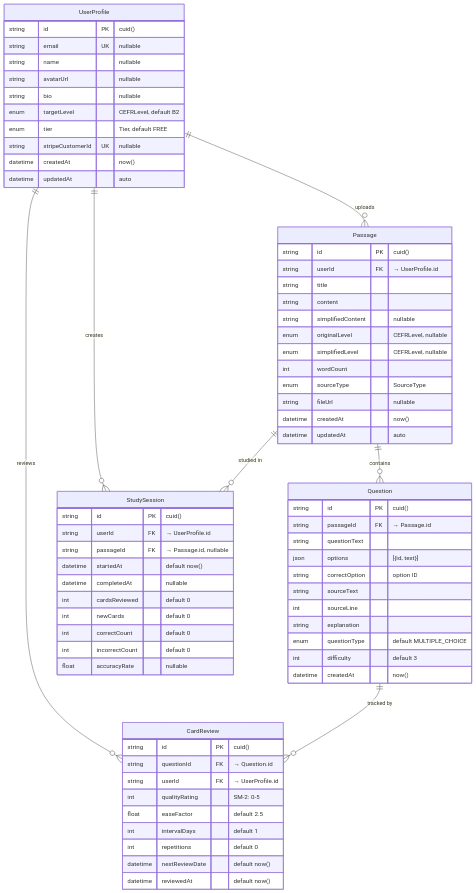
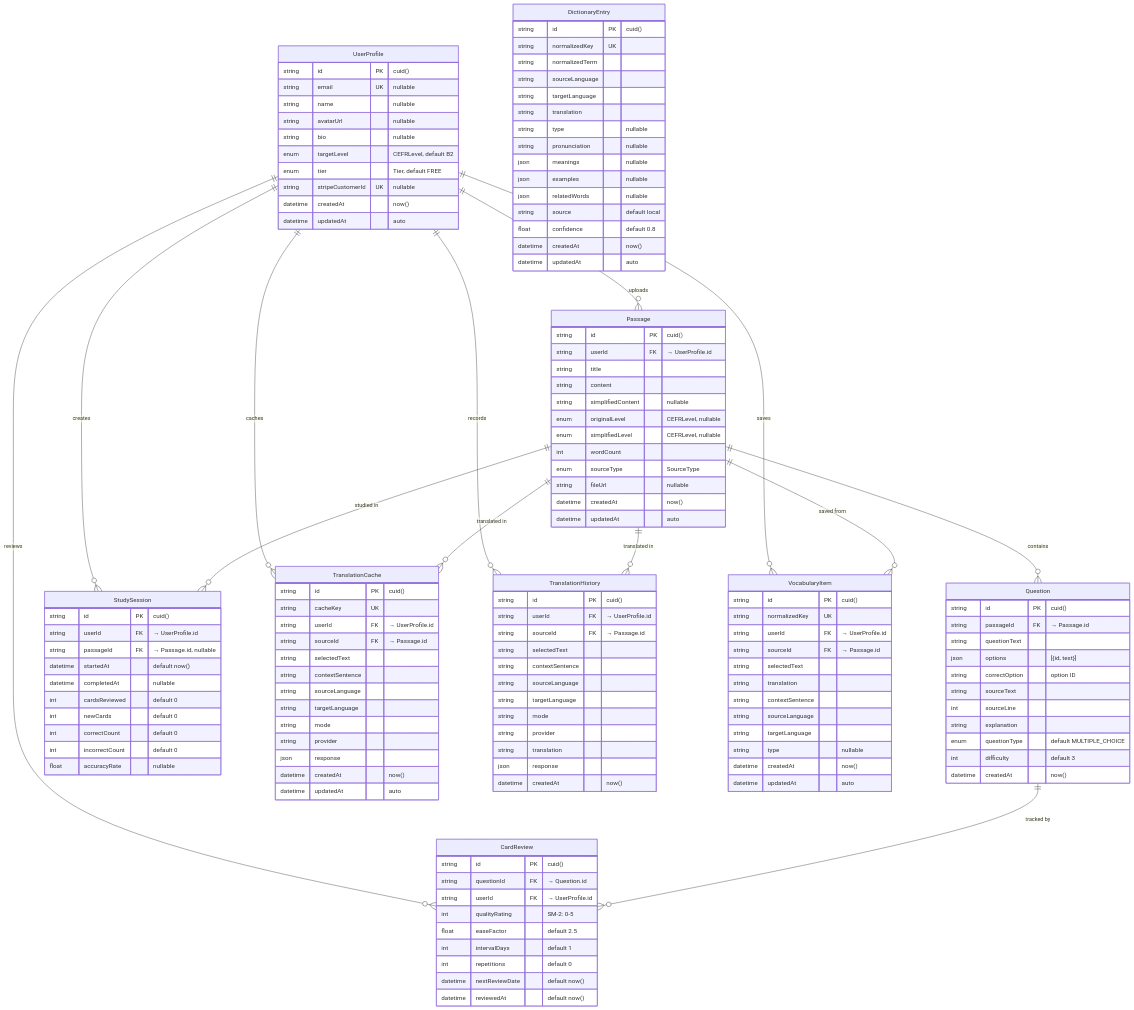
One commit to BoneTheDeveloper/ReadingPro changed the first of 2 diagrams in docs/database/erd.md. Above: the diagram before and after it, drawn with Mermaid. The commit also changed other lines of this file and 28 other files, not shown here.

Commit message:
feat(study): complete inline translation flow

````diff
--- a/docs/database/erd.md
+++ b/docs/database/erd.md
@@ -75,10 +75,80 @@
         float accuracyRate "nullable"
     }
 
+    DictionaryEntry {
+        string id PK "cuid()"
+        string normalizedKey UK
+        string normalizedTerm
+        string sourceLanguage
+        string targetLanguage
+        string translation
+        string type "nullable"
+        string pronunciation "nullable"
+        json meanings "nullable"
+        json examples "nullable"
+        json relatedWords "nullable"
+        string source "default local"
+        float confidence "default 0.8"
+        datetime createdAt "now()"
+        datetime updatedAt "auto"
+    }
+
+    TranslationCache {
+        string id PK "cuid()"
+        string cacheKey UK
+        string userId FK "→ UserProfile.id"
+        string sourceId FK "→ Passage.id"
+        string selectedText
+        string contextSentence
+        string sourceLanguage
+        string targetLanguage
+        string mode
+        string provider
+        json response
+        datetime createdAt "now()"
+        datetime updatedAt "auto"
+    }
+
+    TranslationHistory {
+        string id PK "cuid()"
+        string userId FK "→ UserProfile.id"
+        string sourceId FK "→ Passage.id"
+        string selectedText
+        string contextSentence
+        string sourceLanguage
+        string targetLanguage
+        string mode
+        string provider
+        string translation
+        json response
+        datetime createdAt "now()"
+    }
+
+    VocabularyItem {
+        string id PK "cuid()"
+        string normalizedKey UK
+        string userId FK "→ UserProfile.id"
+        string sourceId FK "→ Passage.id"
+        string selectedText
+        string translation
+        string contextSentence
+        string sourceLanguage
+        string targetLanguage
+        string type "nullable"
+        datetime createdAt "now()"
+        datetime updatedAt "auto"
+    }
+
     UserProfile ||--o{ Passage : "uploads"
     UserProfile ||--o{ StudySession : "creates"
     UserProfile ||--o{ CardReview : "reviews"
+    UserProfile ||--o{ TranslationCache : "caches"
+    UserProfile ||--o{ TranslationHistory : "records"
+    UserProfile ||--o{ VocabularyItem : "saves"
     Passage ||--o{ Question : "contains"
     Question ||--o{ CardReview : "tracked by"
     Passage ||--o{ StudySession : "studied in"
+    Passage ||--o{ TranslationCache : "translated in"
+    Passage ||--o{ TranslationHistory : "translated in"
+    Passage ||--o{ VocabularyItem : "saved from"
 ```
````
